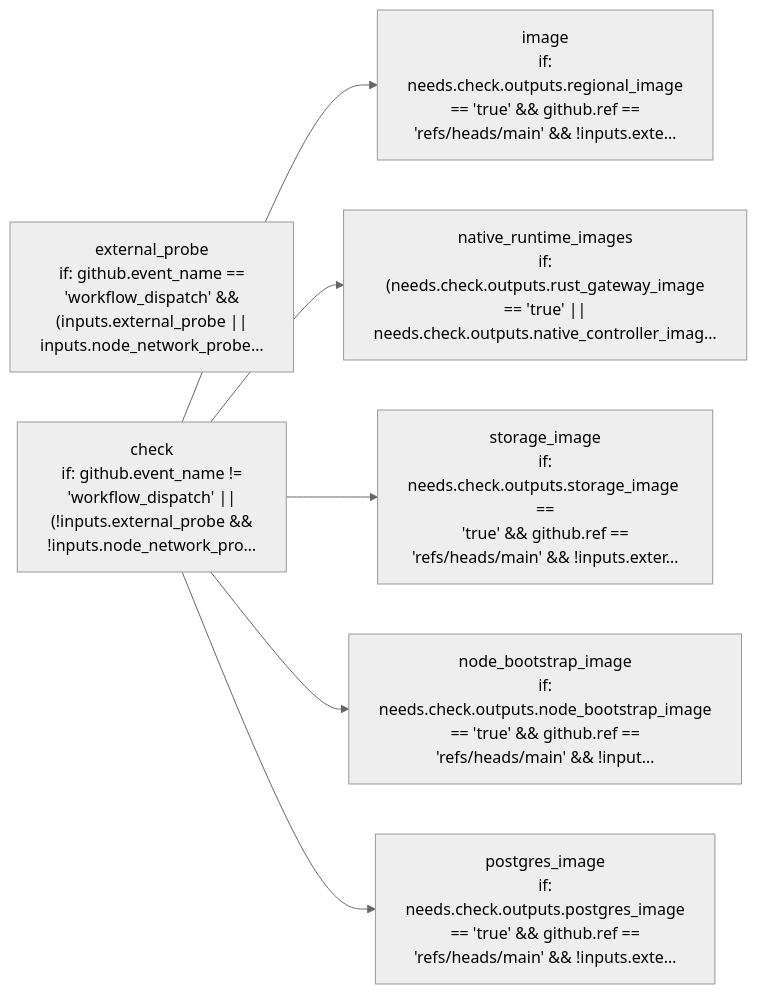
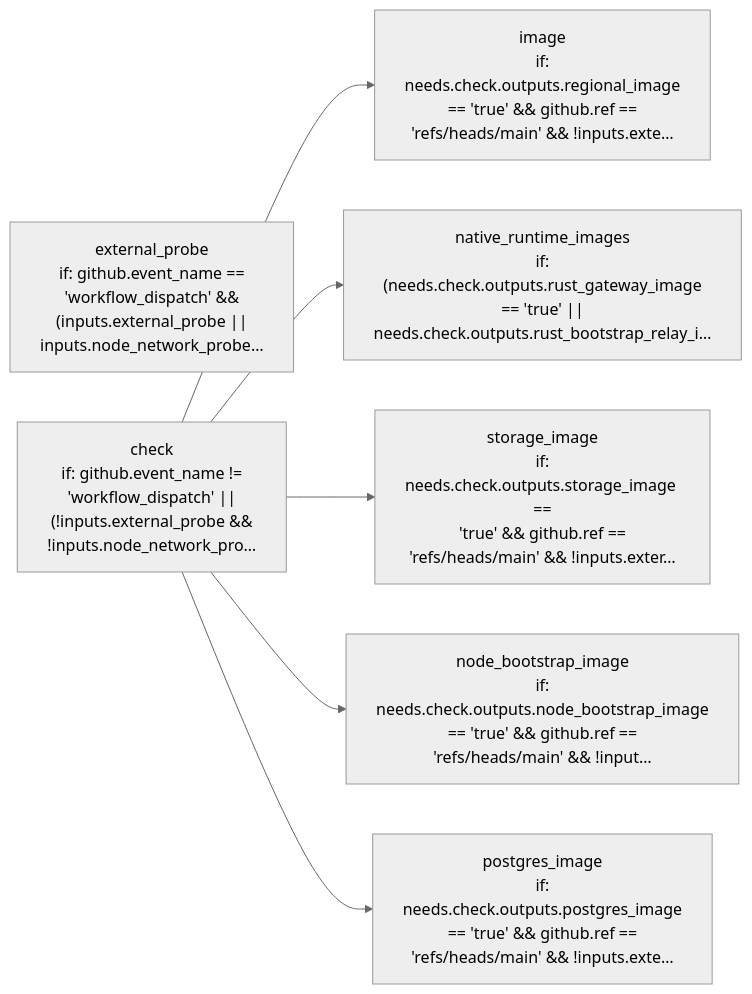
One commit to amerged-org/cloudflare-postgres changed the diagram in docs/architecture/mermaider/ci-pipeline.mmd. Above: the diagram before and after it, drawn with Mermaid (neutral theme). The commit also changed 69 other files, not shown here.

First line of the commit message:
refactor: move the reusable native controller parts into apps/node-agent

```diff
--- a/docs/architecture/mermaider/ci-pipeline.mmd
+++ b/docs/architecture/mermaider/ci-pipeline.mmd
@@ -1,13 +1,13 @@
 flowchart LR
     n_e34ac7a1f534["node_bootstrap_image<br/>if:<br/>needs.check.outputs.node_bootstrap_image<br/>== 'true' #38;#38; github.ref ==<br/>'refs/heads/main' #38;#38; !input…"]
     n_ae6278aee13d["image<br/>if:<br/>needs.check.outputs.regional_image<br/>== 'true' #38;#38; github.ref ==<br/>'refs/heads/main' #38;#38; !inputs.exte…"]
-    n_3cbfbc22e3a1["native_runtime_images<br/>if:<br/>(needs.check.outputs.rust_gateway_image<br/>== 'true' ||<br/>needs.check.outputs.native_controller_imag…"]
+    n_3cbfbc22e3a1["native_runtime_images<br/>if:<br/>(needs.check.outputs.rust_gateway_image<br/>== 'true' ||<br/>needs.check.outputs.rust_bootstrap_relay_i…"]
     n_d92200072b60["external_probe<br/>if: github.event_name ==<br/>'workflow_dispatch' #38;#38;<br/>(inputs.external_probe ||<br/>inputs.node_network_probe…"]
     n_58381b3e9536["check<br/>if: github.event_name !=<br/>'workflow_dispatch' ||<br/>(!inputs.external_probe #38;#38;<br/>!inputs.node_network_pro…"]
     n_0bd87febac77["storage_image<br/>if:<br/>needs.check.outputs.storage_image ==<br/>'true' #38;#38; github.ref ==<br/>'refs/heads/main' #38;#38; !inputs.exter…"]
     n_89a17c1e5e49["postgres_image<br/>if:<br/>needs.check.outputs.postgres_image<br/>== 'true' #38;#38; github.ref ==<br/>'refs/heads/main' #38;#38; !inputs.exte…"]
     n_58381b3e9536 --> n_ae6278aee13d
     n_58381b3e9536 --> n_3cbfbc22e3a1
     n_58381b3e9536 --> n_0bd87febac77
     n_58381b3e9536 --> n_e34ac7a1f534
     n_58381b3e9536 --> n_89a17c1e5e49
```
